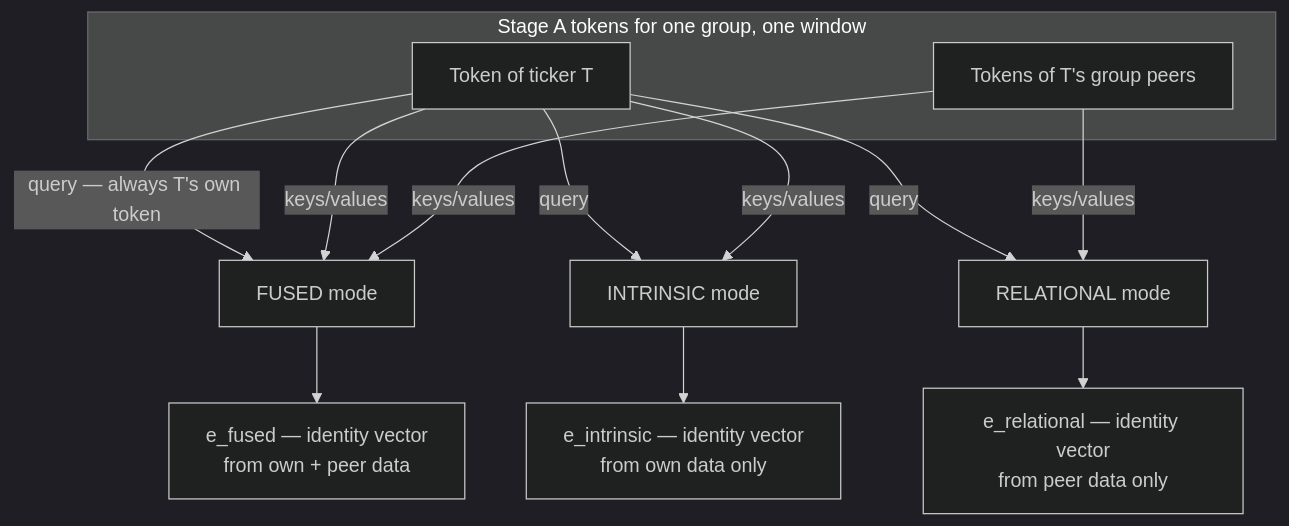
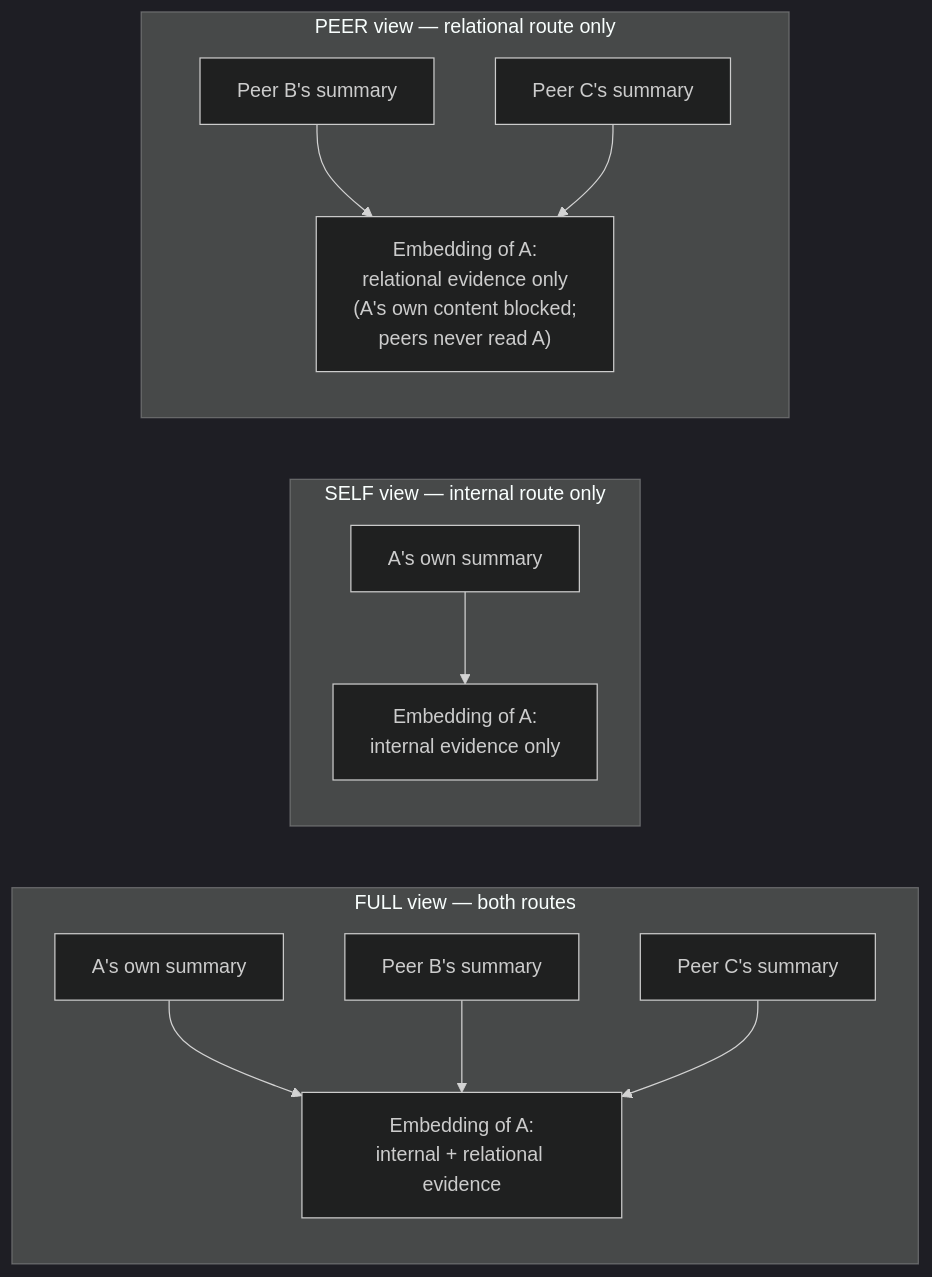
The third of 4 diagrams in stock_identity.md (hpnyaggerman/stonks), drawn with Mermaid (dark theme) before and after one commit. The commit also changed other lines of this file, not shown here.

Commit message:
Update stock identity doc

````diff
--- a/stock_identity.md
+++ b/stock_identity.md
@@ -98,17 +120,18 @@
 ```mermaid
-flowchart TD
-    subgraph tokens["Stage A tokens for one group, one window"]
-        self["Token of ticker T"]
-        peers["Tokens of T's group peers"]
+flowchart LR
+    subgraph fullv["FULL view — both routes"]
+        direction TB
+        fA["A's own summary"] --> fZ["Embedding of A:<br/>internal + relational evidence"]
+        fB["Peer B's summary"] --> fZ
+        fC["Peer C's summary"] --> fZ
     end
-    self -->|"query — always T's own token"| fused["FUSED mode"]
-    self -->|"query"| intr["INTRINSIC mode"]
-    self -->|"query"| rel["RELATIONAL mode"]
-    self -->|"keys/values"| fused
-    peers -->|"keys/values"| fused
-    self -->|"keys/values"| intr
-    peers -->|"keys/values"| rel
-    fused --> eF["e_fused — identity vector<br>from own + peer data"]
-    intr --> eS["e_intrinsic — identity vector<br>from own data only"]
-    rel --> eP["e_relational — identity vector<br>from peer data only"]
+    subgraph selfv["SELF view — internal route only"]
+        direction TB
+        sA["A's own summary"] --> sZ["Embedding of A:<br/>internal evidence only"]
+    end
+    subgraph peerv["PEER view — relational route only"]
+        direction TB
+        pB["Peer B's summary"] --> pZ["Embedding of A:<br/>relational evidence only<br/>(A's own content blocked;<br/>peers never read A)"]
+        pC["Peer C's summary"] --> pZ
+    end
 ```
````
